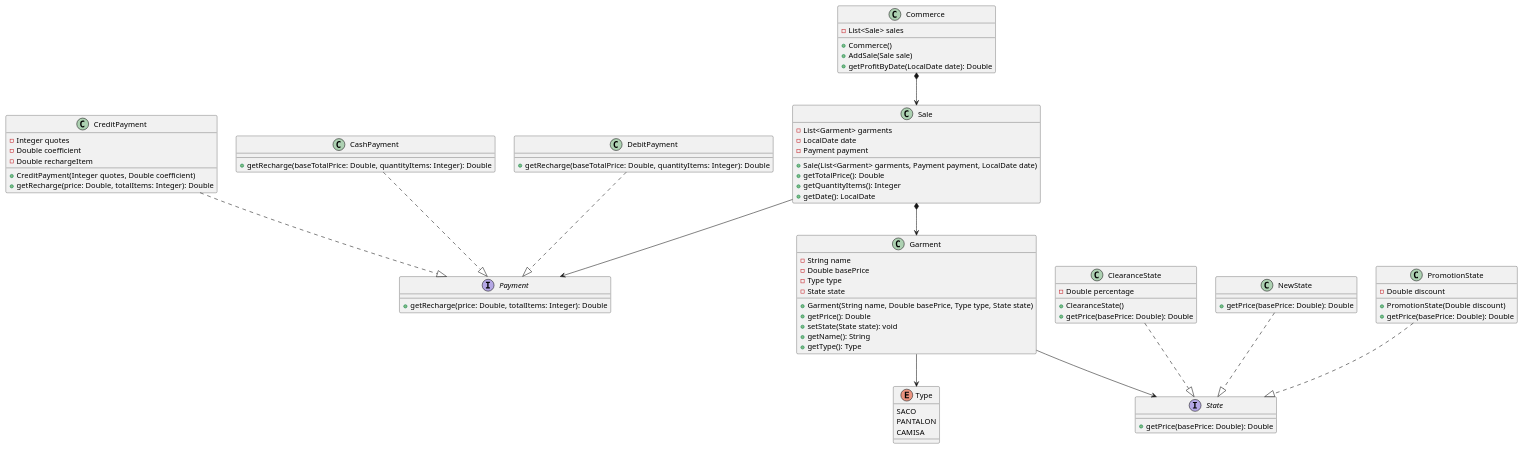
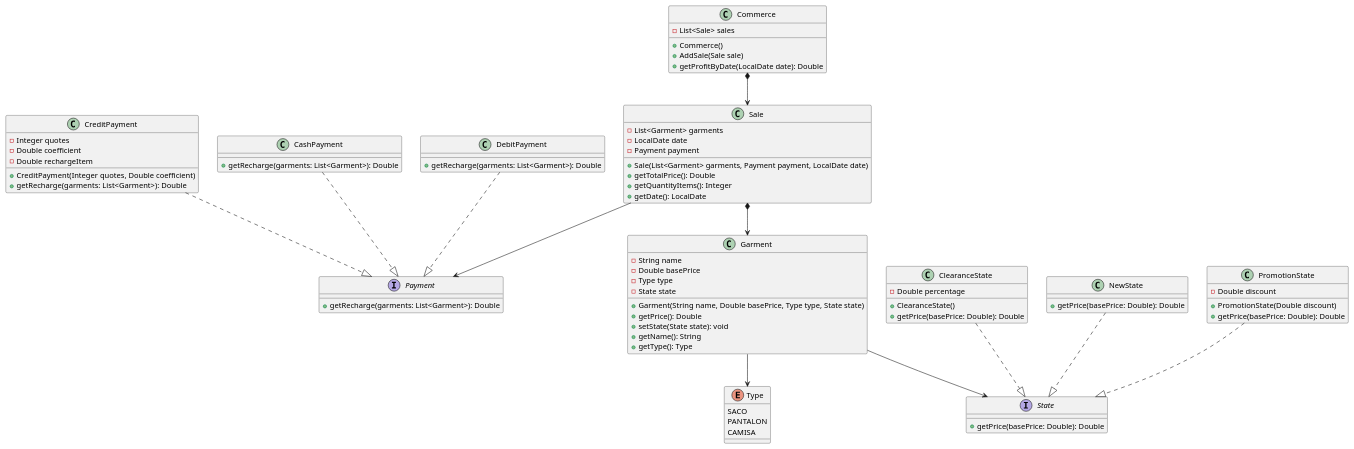
One commit to ciromartin/tps-individuales-dds-2025 changed the diagram in src/models/macowin.puml. Above: the diagram before and after it, drawn with PlantUML. The commit also changed 6 other files, not shown here.

```diff
--- a/src/models/macowin.puml
+++ b/src/models/macowin.puml
@@ -1,95 +1,95 @@
 @startuml
 class Commerce {
     - List<Sale> sales
     + Commerce()
     + AddSale(Sale sale)
     + getProfitByDate(LocalDate date): Double
 }
 
 class Sale {
     - List<Garment> garments
     - LocalDate date
     - Payment payment
     + Sale(List<Garment> garments, Payment payment, LocalDate date)
     + getTotalPrice(): Double
     + getQuantityItems(): Integer
     + getDate(): LocalDate
 }
 
 interface Payment {
-    + getRecharge(price: Double, totalItems: Integer): Double
+    + getRecharge(garments: List<Garment>): Double
 }
 
 class CreditPayment {
     - Integer quotes
     - Double coefficient
     - Double rechargeItem
     + CreditPayment(Integer quotes, Double coefficient)
-    + getRecharge(price: Double, totalItems: Integer): Double
+    + getRecharge(garments: List<Garment>): Double
 }
 
 class CashPayment {
-    + getRecharge(baseTotalPrice: Double, quantityItems: Integer): Double
+    + getRecharge(garments: List<Garment>): Double
 }
 
 class DebitPayment {
-    + getRecharge(baseTotalPrice: Double, quantityItems: Integer): Double
+    + getRecharge(garments: List<Garment>): Double
 }
 
 class Garment {
     - String name
     - Double basePrice
     - Type type
     - State state
     + Garment(String name, Double basePrice, Type type, State state)
     + getPrice(): Double
     + setState(State state): void
     + getName(): String
     + getType(): Type
 }
 
 enum Type {
     SACO
     PANTALON
     CAMISA
 }
 
 interface State {
     + getPrice(basePrice: Double): Double
 }
 
 class ClearanceState {
     - Double percentage
     + ClearanceState()
     + getPrice(basePrice: Double): Double
 }
 
 class NewState {
     + getPrice(basePrice: Double): Double
 }
 
 class PromotionState {
     - Double discount
     + PromotionState(Double discount)
     + getPrice(basePrice: Double): Double
 }
 
 
 Commerce *-->  Sale
 
 CashPayment ..|> Payment
 DebitPayment ..|> Payment
 CreditPayment ..|> Payment
 
 Sale  *-->  Garment
 Sale  -->  Payment
 
 Garment  -->  Type
 
 Garment  --> State
 
 NewState ..|> State
 PromotionState ..|> State
 ClearanceState ..|> State
 
 @enduml
```
